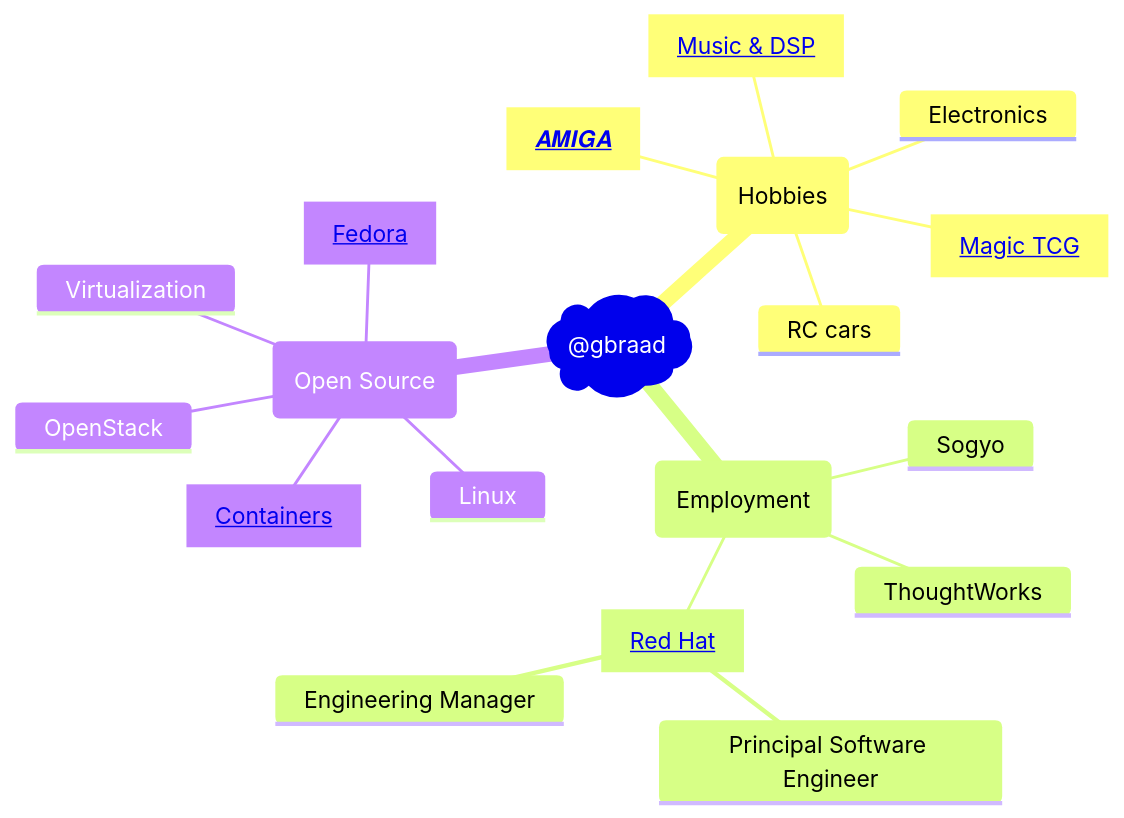
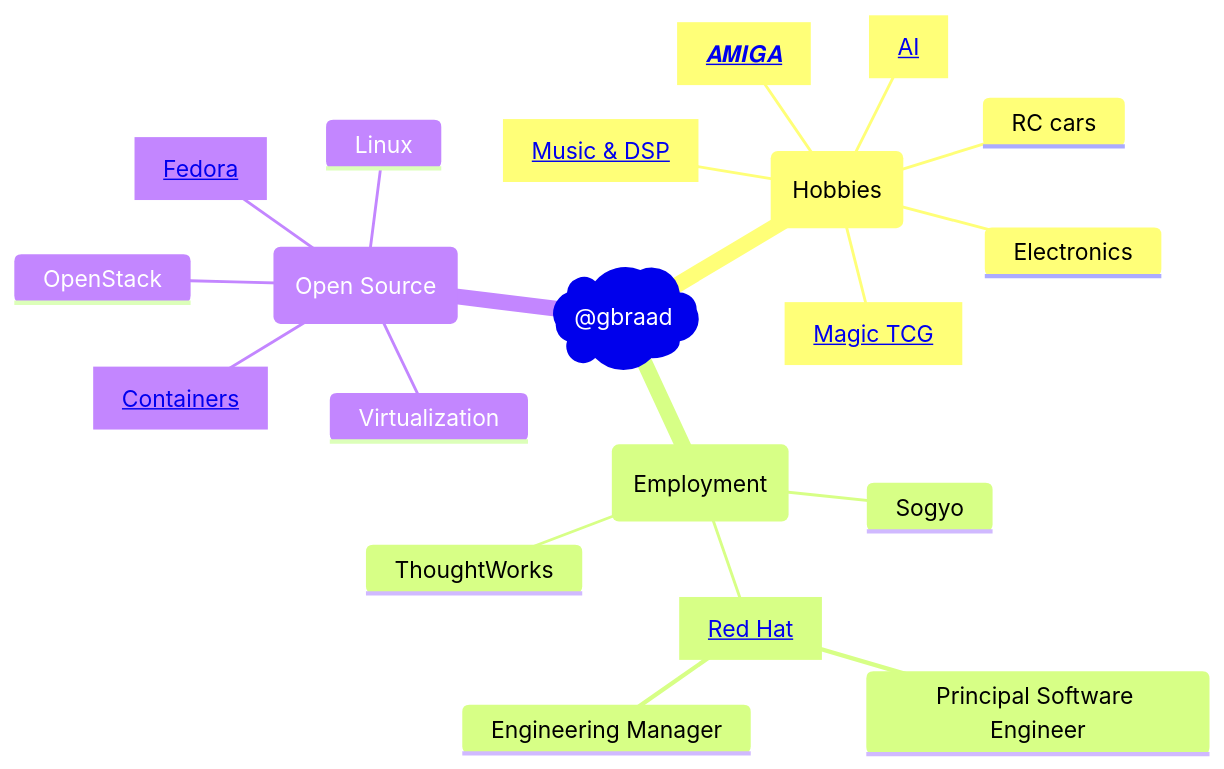
One commit to gbraad/gbraad changed the diagram in README.md. Above: the diagram before and after it, drawn with Mermaid.

````diff
--- a/README.md
+++ b/README.md
@@ -34,22 +34,23 @@
 ```mermaid
 mindmap
    root)@gbraad(
       (Hobbies)
          ["`<a href='https://amiga.gbraad.nl'>𝑨𝑴𝑰𝑮𝑨</a>`"]
          ["`<a href='https://music.gbraad.nl'>Music & DSP</a>`"]
          Electronics
          RC cars
          ["`<a href='https://gaming.gbraad.nl'>Magic TCG</a>`"]
+         ["`<a href='https://ai.gbraad.nl'>AI</a>`"]
       (Employment)
          Sogyo
          ThoughtWorks
          ["`<a href='https://redhat.gbraad.nl'>Red Hat</a>`"]
             Principal Software Engineer
             Engineering Manager
       (Open Source)
          Linux
          ["`<a href='https://fedora.gbraad.nl'>Fedora</a>`"]
          OpenStack
          ["`<a href='https://containers.gbraad.nl'>Containers</a>`"]
          Virtualization
 ```
````
